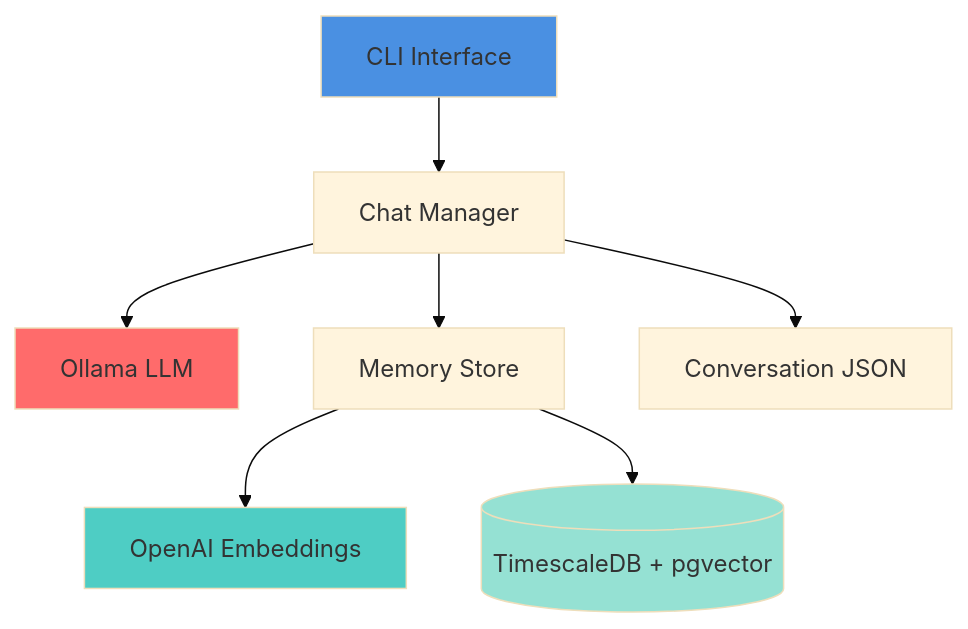
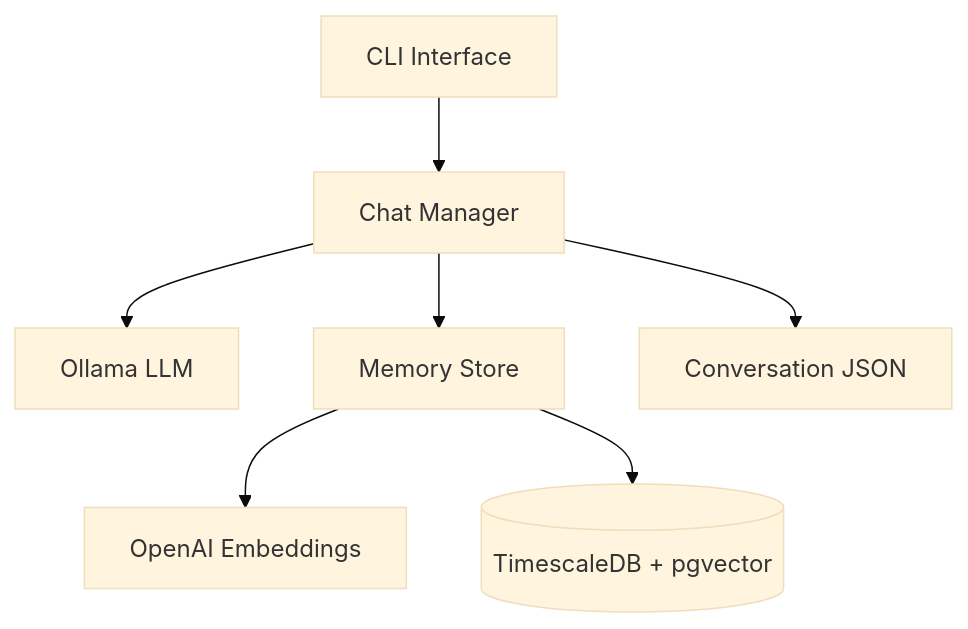
The diagram in README.md (anchildress1/my-hermantic-agent), drawn with Mermaid before and after one commit. The commit also changed other lines of this file and 19 other files, not shown here.

````diff
--- a/README.md
+++ b/README.md
@@ -44,15 +48,10 @@
 ```mermaid
-%%{init: {'theme':'base'}}%%
+%%{init: {'theme':'base', 'lightTheme':'default', 'darkTheme':'dark', 'securityLevel':'strict', 'accessibility': {'label': 'Architecture diagram', 'description': 'System architecture and data flow; supports light/dark modes.'}}}%%
 graph TB
     CLI[CLI Interface] --> Chat[Chat Manager]
     Chat --> Ollama[Ollama LLM]
     Chat --> Memory[Memory Store]
     Chat --> JSON[Conversation JSON]
     Memory --> OpenAI[OpenAI Embeddings]
     Memory --> TimescaleDB[(TimescaleDB + pgvector)]
-    
-    style CLI fill:#4A90E2
-    style Ollama fill:#FF6B6B
-    style OpenAI fill:#4ECDC4
-    style TimescaleDB fill:#95E1D3
 ```
````
